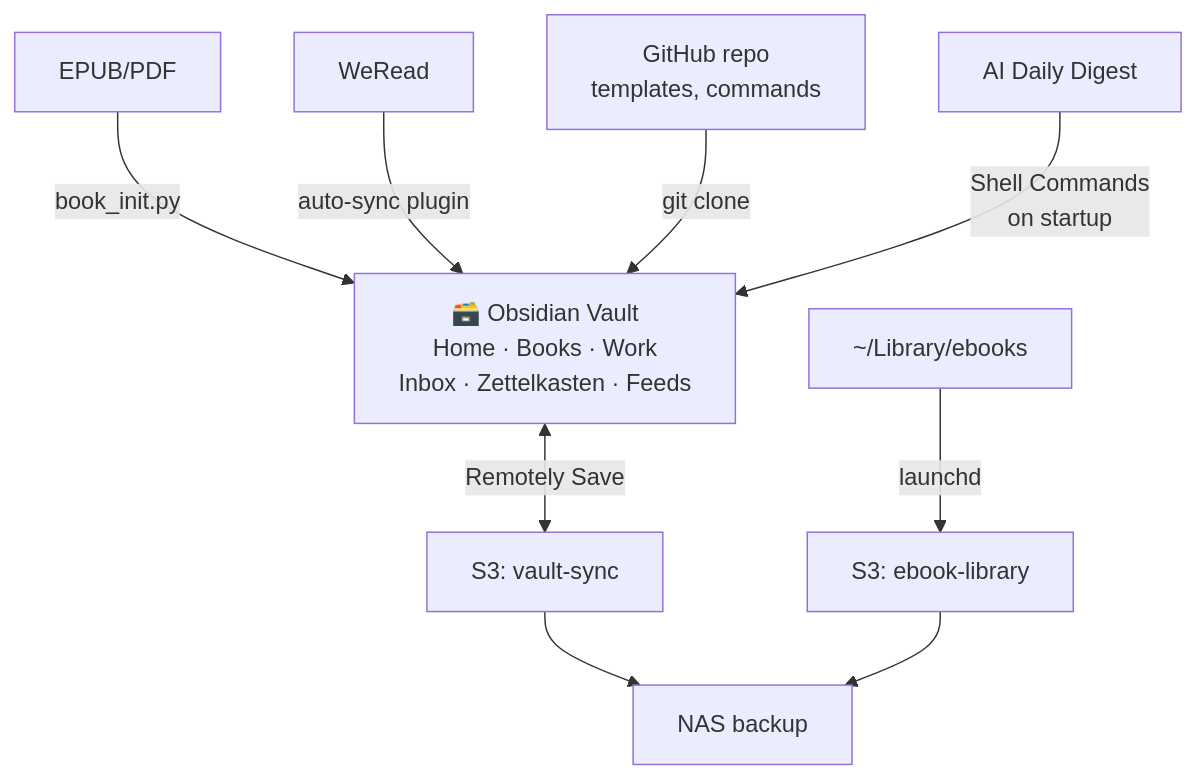
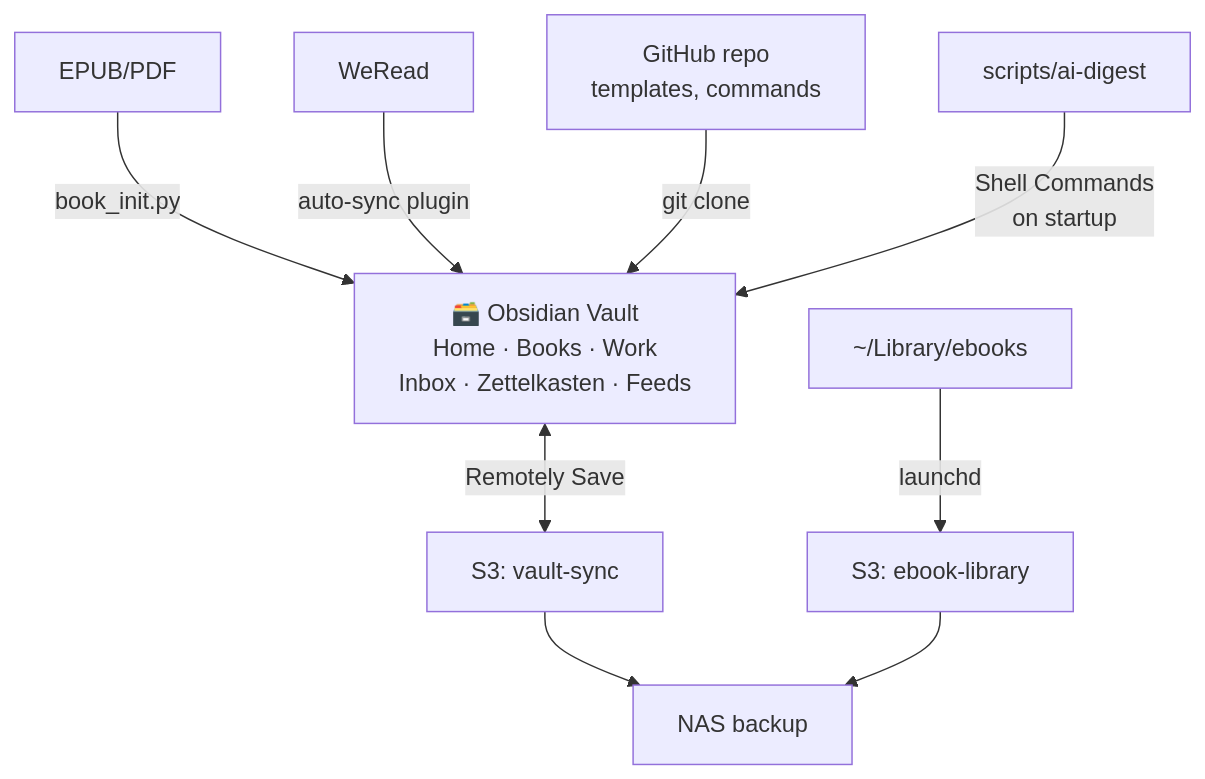
One commit to yepengfan/obsidian-workflow changed the first of 3 diagrams in README.md. Above: the diagram before and after it, drawn with Mermaid. The commit also changed other lines of this file and 23 other files, not shown here.

First line of the commit message:
Migrate AI Daily Digest pipeline into vault (#45)

````diff
--- a/README.md
+++ b/README.md
@@ -49,14 +54,14 @@
 ```mermaid
 graph TD
     EPUB[EPUB/PDF] -->|book_init.py| Vault
     WR[WeRead] -->|auto-sync plugin| Vault
     SYS[GitHub repo<br/>templates, commands] -->|git clone| Vault
-    DIGEST[AI Daily Digest] -->|Shell Commands<br/>on startup| Vault
+    DIGEST[scripts/ai-digest] -->|Shell Commands<br/>on startup| Vault
 
     Vault["🗃️ Obsidian Vault<br/>Home · Books · Work<br/>Inbox · Zettelkasten · Feeds"]
 
     Vault <-->|Remotely Save| S3V[S3: vault-sync]
     EBOOKS[~/Library/ebooks] -->|launchd| S3E[S3: ebook-library]
     S3V --> BACKUP[NAS backup]
     S3E --> BACKUP
 ```
````
